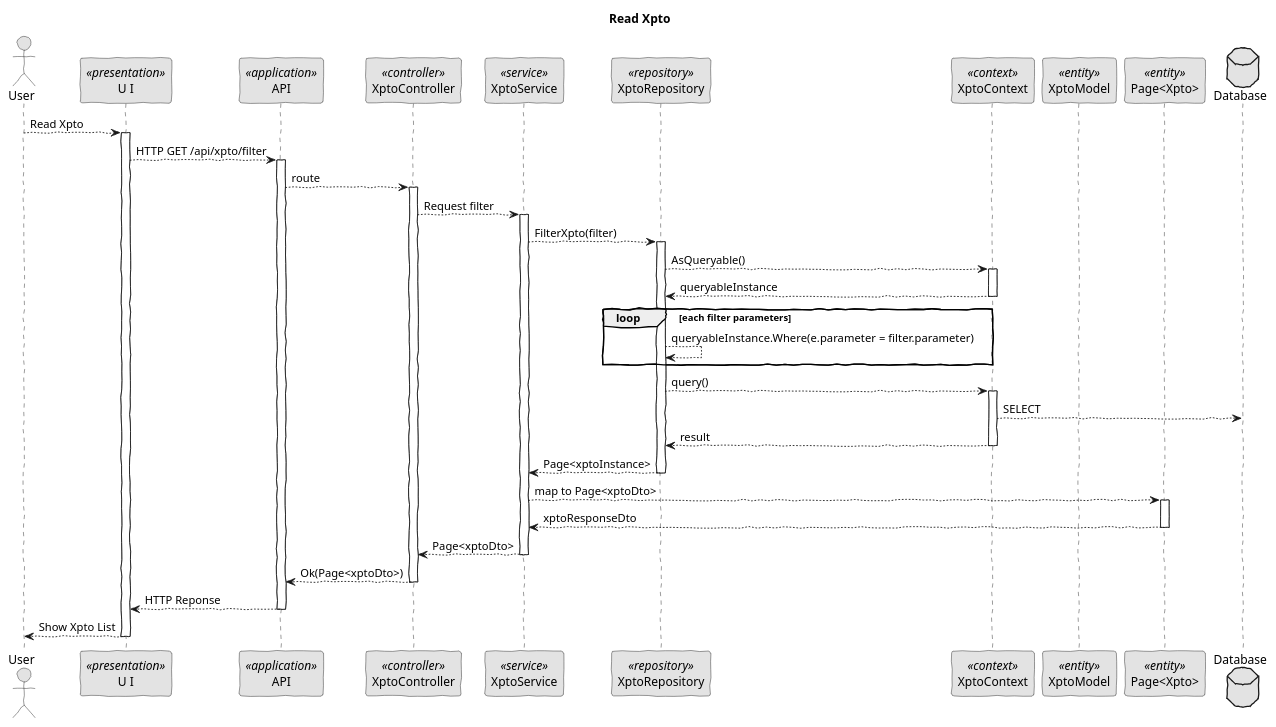
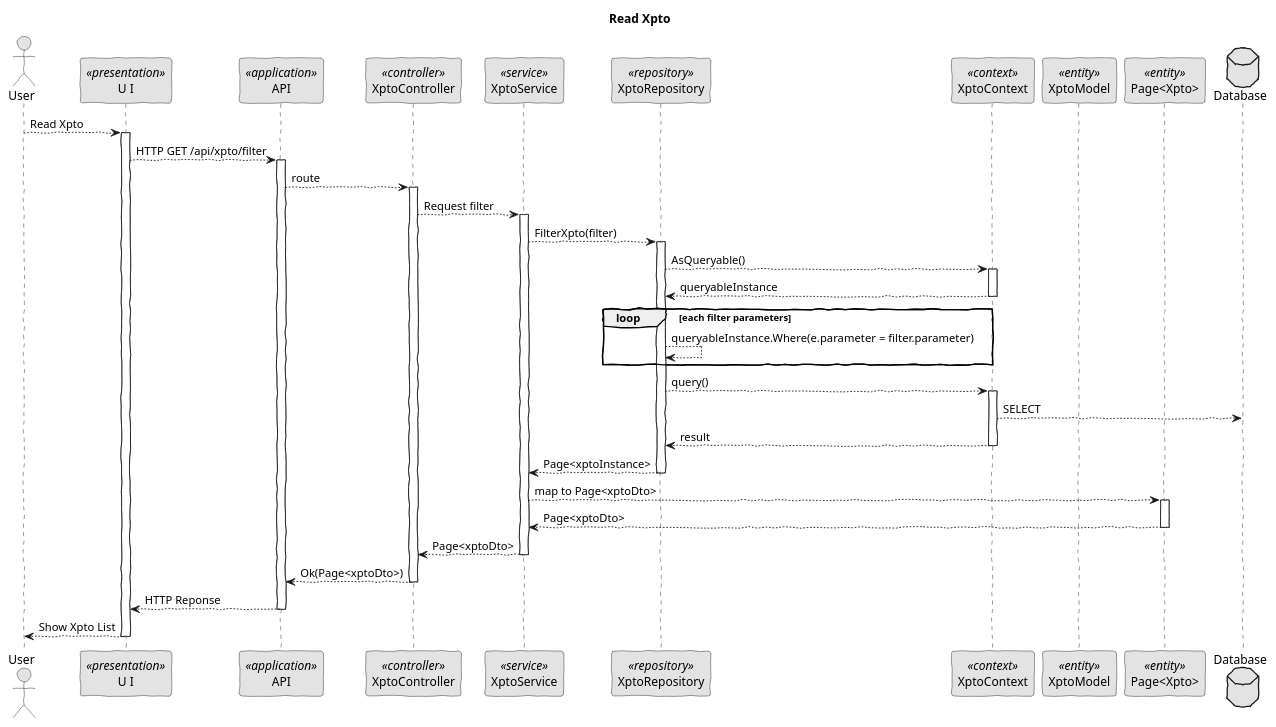
Before and after one commit to BernasDzn/portit: the diagram in docs/sprint_1/global_artifacts/arquitecture/level_4/process_views/l4_process_view_filter.puml, drawn with PlantUML. The commit also changed 27 other files, not shown here.

```diff
--- a/docs/sprint_1/global_artifacts/arquitecture/level_4/process_views/l4_process_view_filter.puml
+++ b/docs/sprint_1/global_artifacts/arquitecture/level_4/process_views/l4_process_view_filter.puml
@@ -1,77 +1,77 @@
 @startuml sequence_diagram_filter
 skinparam handwritten true
 skinparam monochrome true
 skinparam packageStyle rect
 skinparam defaultFontName FG Virgil
 skinparam shadowing false
 
 actor User as Actor
 participant "U I" as UI <<presentation>>
 participant API as API <<application>>
 participant XptoController as Controller <<controller>>
 participant XptoService as Service <<service>>
 participant XptoRepository as Repository <<repository>>
 participant XptoContext as Context <<context>>
 participant XptoModel as Model <<entity>>
 participant "Page<Xpto>" as Page <<entity>>
 database Database
 
 title Read Xpto
 
 Actor --> UI: Read Xpto
 activate UI
 
     UI --> API: HTTP GET /api/xpto/filter
 
     activate API
 
         API --> Controller: route
         activate Controller
 
             Controller --> Service: Request filter
             activate Service
 
                 Service --> Repository: FilterXpto(filter)
                 activate Repository
                 
                     Repository --> Context: AsQueryable()
                     activate Context
                         Context --> Repository: queryableInstance
                     deactivate Context
 
                     loop each filter parameters
                         Repository --> Repository: queryableInstance.Where(e.parameter = filter.parameter)
                     end
 
                     Repository --> Context: query()
 
                     activate Context
                         Context --> Database: SELECT
                         Context --> Repository: result
                     deactivate Context
 
                     Repository --> Service: Page<xptoInstance>
                 deactivate Repository
 
                 Service --> Page: map to Page<xptoDto>
                 activate Page
-                    Page --> Service: xptoResponseDto
+                    Page --> Service: Page<xptoDto>
                 deactivate Page
 
                 ' Service --> Model: toDto()
                 ' activate Model
                 '     Model --> Service: xptoInstanceDto
                 ' deactivate Model
 
                 Service --> Controller: Page<xptoDto>
             deactivate Service
 
             Controller --> API: Ok(Page<xptoDto>)
         deactivate Controller
 
         API --> UI: HTTP Reponse
     deactivate API
 UI --> Actor: Show Xpto List
 deactivate UI
             
 @enduml
```
